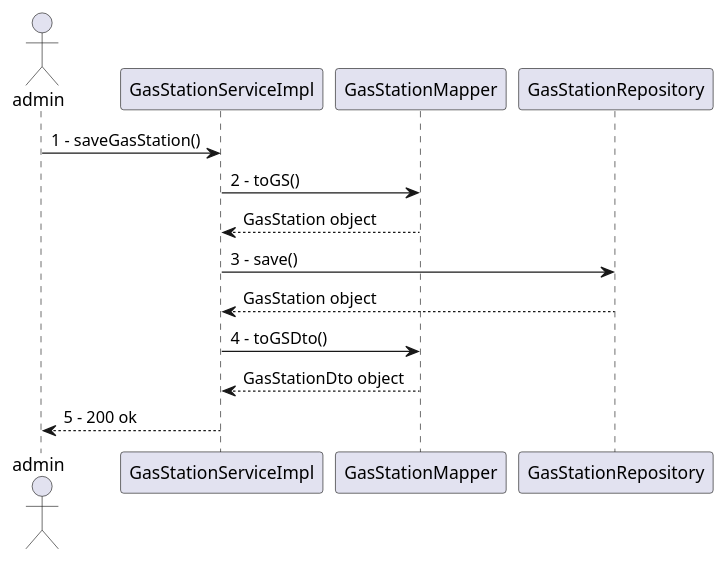
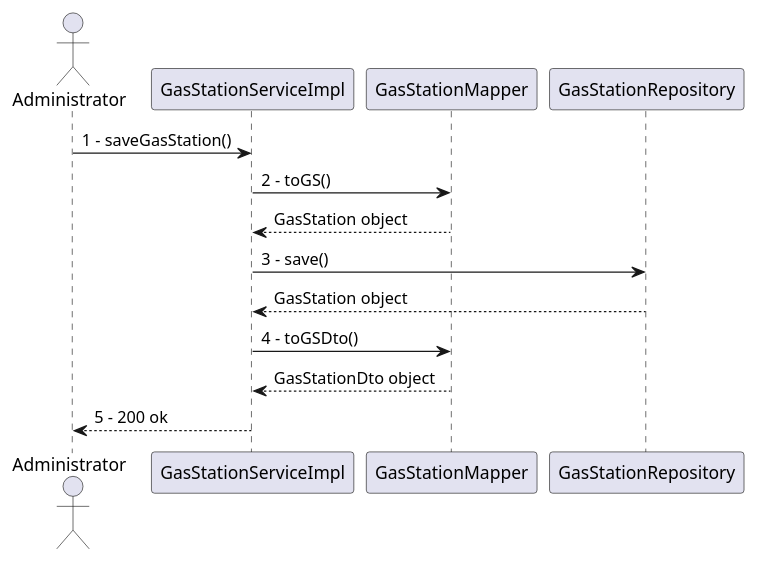
The ninth of 15 diagrams in docs/DesignDocument.md (polito-se2-2020-team6/ezgas), drawn with PlantUML before and after one commit. The commit also changed other lines of this file, not shown here.

````diff
--- a/docs/DesignDocument.md
+++ b/docs/DesignDocument.md
@@ -528,13 +528,13 @@
 ```plantuml
 @startuml
-actor admin as a
+actor Administrator as a
 a -> GasStationServiceImpl : 1 - saveGasStation()
 GasStationServiceImpl -> GasStationMapper : 2 - toGS()
 GasStationMapper --> GasStationServiceImpl : GasStation object
 GasStationServiceImpl -> GasStationRepository : 3 - save()
 GasStationRepository --> GasStationServiceImpl : GasStation object
 GasStationServiceImpl -> GasStationMapper : 4 - toGSDto()
 GasStationMapper --> GasStationServiceImpl : GasStationDto object
 GasStationServiceImpl --> a : 5 - 200 ok
 @enduml
 ```
````
